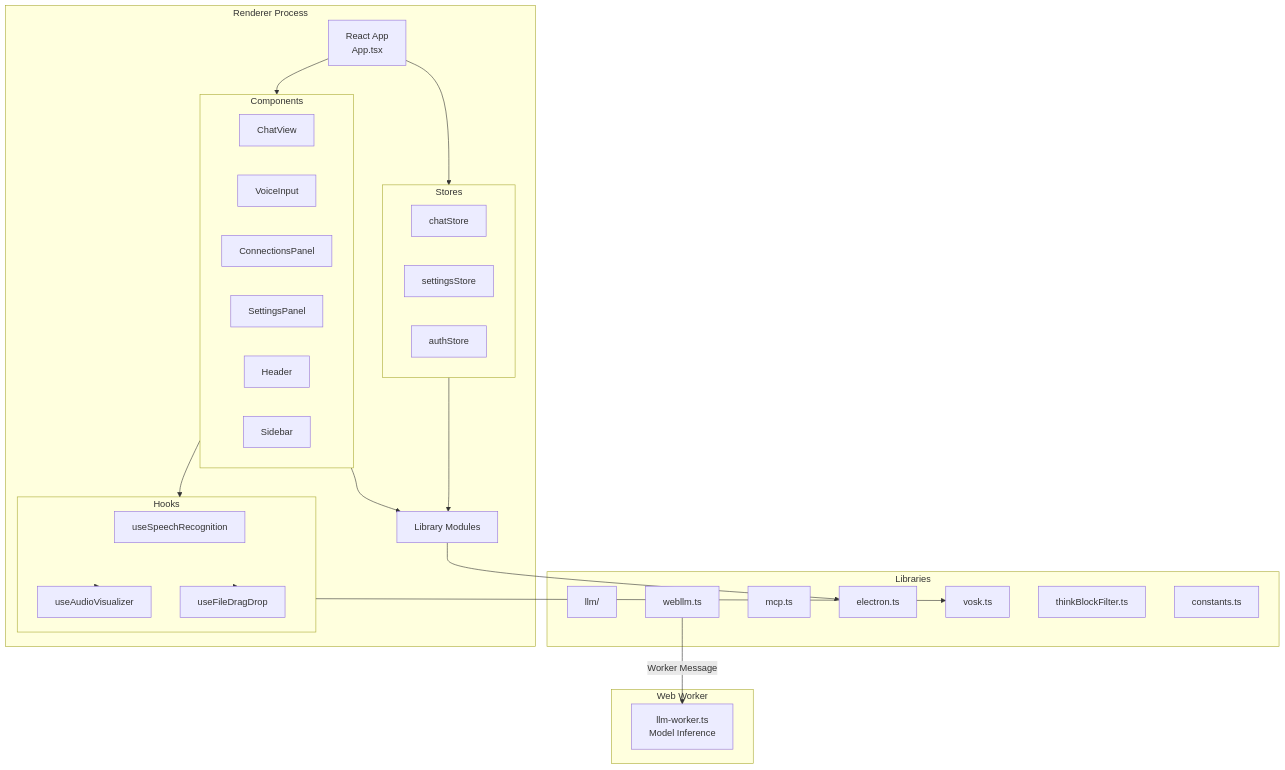
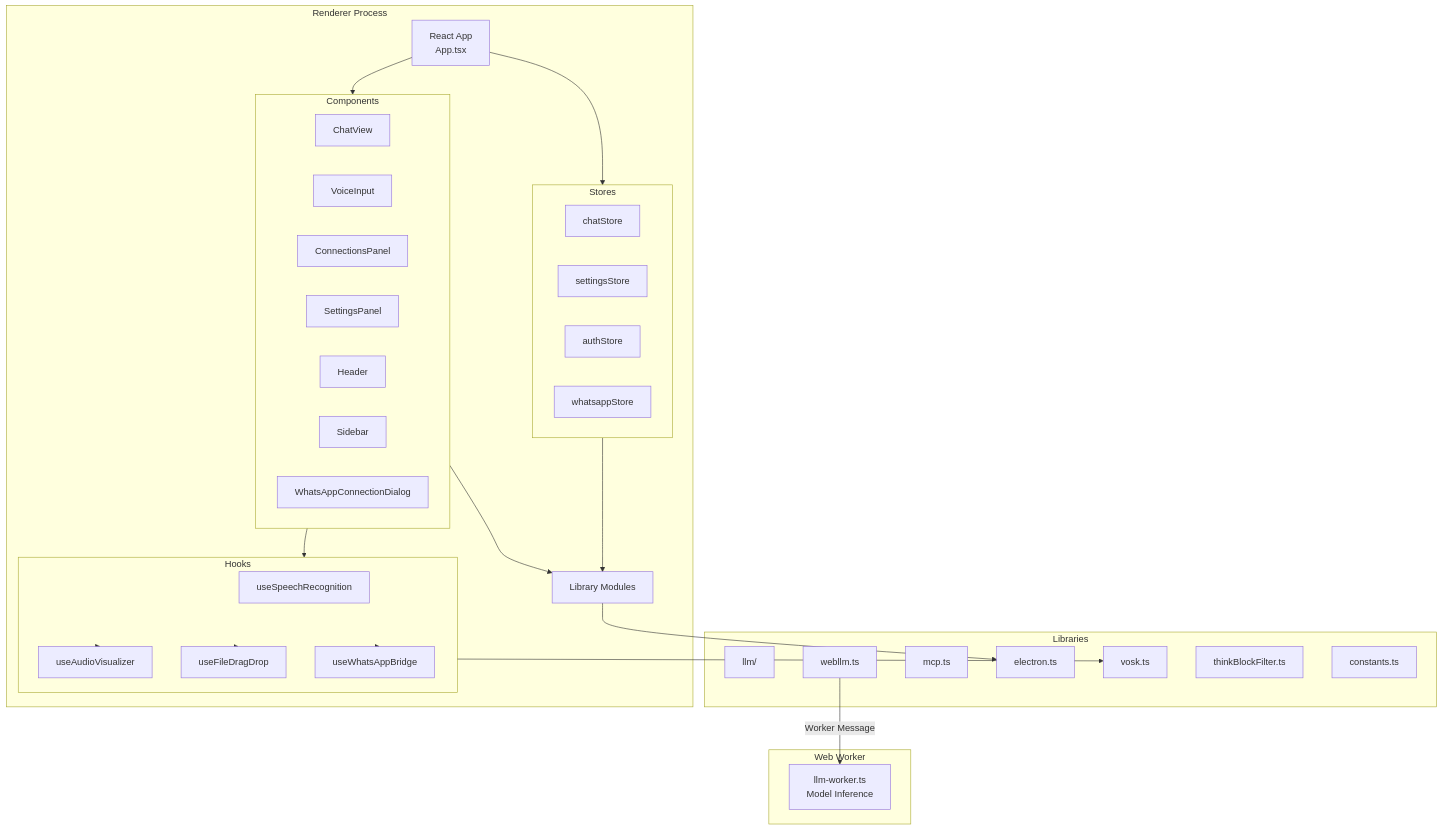
The fourth of 33 diagrams in architecture.md (meharajM/ai-worker.app), drawn with Mermaid before and after one commit. The commit also changed other lines of this file and 9 other files, not shown here.

````diff
--- a/architecture.md
+++ b/architecture.md
@@ -148,57 +153,61 @@
 ```mermaid
 graph TB
     subgraph "Renderer Process"
         ReactApp[React App<br/>App.tsx]
         Components[UI Components]
         Stores[Zustand Stores]
         Lib[Library Modules]
         Hooks[Custom Hooks]
     end
 
     subgraph "Components"
         ChatView[ChatView]
         VoiceInput[VoiceInput]
         ConnectionsPanel[ConnectionsPanel]
         SettingsPanel[SettingsPanel]
         Header[Header]
         Sidebar[Sidebar]
+        WhatsAppDialog[WhatsAppConnectionDialog]
     end
 
     subgraph "Stores"
         ChatStore[chatStore]
         SettingsStore[settingsStore]
         AuthStore[authStore]
+        WhatsAppStore[whatsappStore]
     end
 
     subgraph "Libraries"
         LLMLib[llm/]
         WebLLMLib[webllm.ts]
         MCPLib[mcp.ts]
         ElectronLib[electron.ts]
         VoskLib[vosk.ts]
         ThinkFilter[thinkBlockFilter.ts]
         Constants[constants.ts]
     end
 
     subgraph "Hooks"
          UseSpeech[useSpeechRecognition]
          UseVisualizer[useAudioVisualizer]
          UseDragDrop[useFileDragDrop]
+         UseWhatsAppBridge[useWhatsAppBridge]
     end
 
     ReactApp --> Components
     ReactApp --> Stores
     Components --> Lib
     Components --> Hooks
     Hooks --> VoskLib
     Hooks --> UseVisualizer
     Hooks --> UseDragDrop
+    Hooks --> UseWhatsAppBridge
     Stores --> Lib
     Lib --> ElectronLib
     
     subgraph "Web Worker"
         LLMWorker[llm-worker.ts<br/>Model Inference]
     end
     
     WebLLMLib -->|Worker Message| LLMWorker
 ```
````
